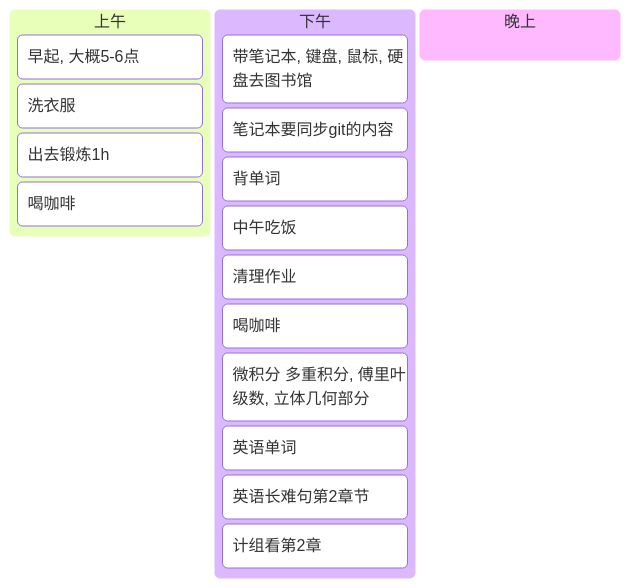
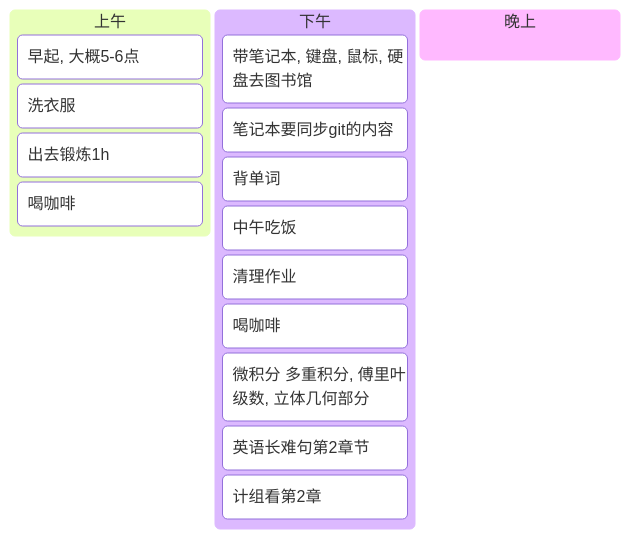
Before and after one commit to Sophomoresty/obsidian-notes: the second of 2 diagrams in 日记/2025-05-04.md, drawn with Mermaid. The commit also changed other lines of this file and 2 other files, not shown here.

````diff
--- a/日记/2025-05-04.md
+++ b/日记/2025-05-04.md
@@ -79,21 +83,20 @@
  ```mermaid
 kanban
 [上午]
 	[早起, 大概5-6点]
 	[洗衣服]
 	[出去锻炼1h]
 	[喝咖啡]
 
 [下午]
 	[带笔记本, 键盘, 鼠标, 硬盘去图书馆]
 	[笔记本要同步git的内容]
 	[背单词]
 	[中午吃饭]
 	[清理作业]
   	[喝咖啡]
     [微积分 多重积分, 傅里叶级数, 立体几何部分 ]
-    [英语单词]
     [英语长难句第2章节]
     [计组看第2章]
 [晚上]
 ```
````
